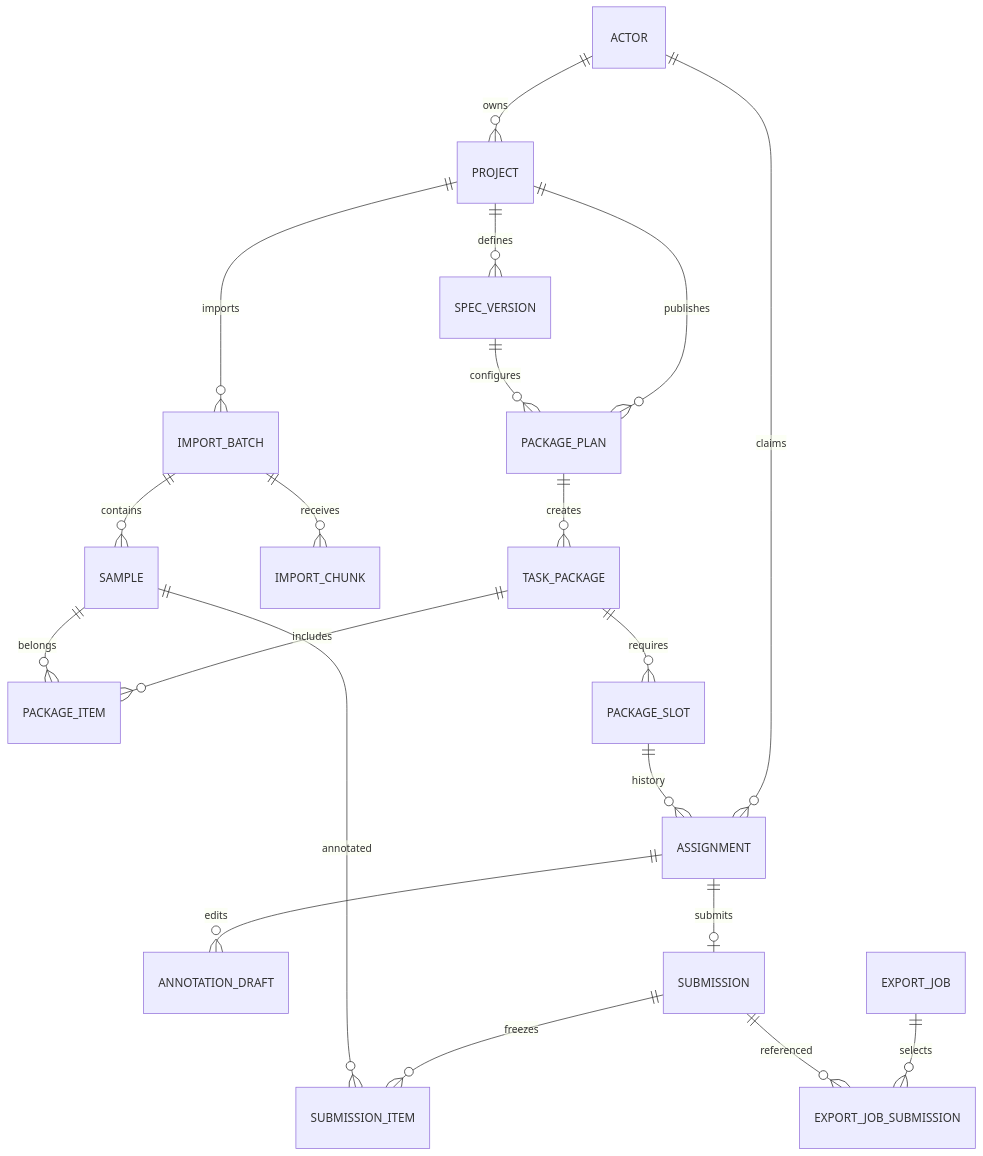
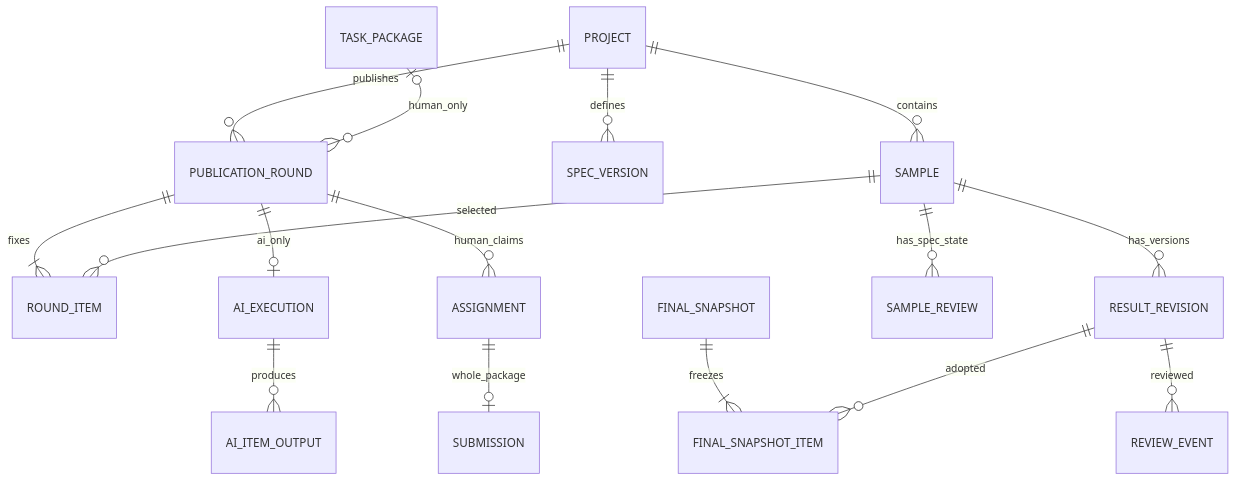
Before and after one commit to tssai-lab/tss-data-labeling: the diagram in docs/labeling-v1.1/03-database.md, drawn with Mermaid. The commit also changed other lines of this file and 7 other files, not shown here.

````diff
--- a/docs/labeling-v1.1/03-database.md
+++ b/docs/labeling-v1.1/03-database.md
@@ -9,22 +21,18 @@
 ```mermaid
 erDiagram
- ACTOR ||--o{ PROJECT : owns
- ACTOR ||--o{ ASSIGNMENT : claims
- PROJECT ||--o{ SPEC_VERSION : defines
- PROJECT ||--o{ IMPORT_BATCH : imports
- IMPORT_BATCH ||--o{ SAMPLE : contains
- IMPORT_BATCH ||--o{ IMPORT_CHUNK : receives
- PROJECT ||--o{ PACKAGE_PLAN : publishes
- SPEC_VERSION ||--o{ PACKAGE_PLAN : configures
- PACKAGE_PLAN ||--o{ TASK_PACKAGE : creates
- TASK_PACKAGE ||--o{ PACKAGE_ITEM : includes
- SAMPLE ||--o{ PACKAGE_ITEM : belongs
- TASK_PACKAGE ||--o{ PACKAGE_SLOT : requires
- PACKAGE_SLOT ||--o{ ASSIGNMENT : history
- ASSIGNMENT ||--o{ ANNOTATION_DRAFT : edits
- ASSIGNMENT ||--o| SUBMISSION : submits
- SUBMISSION ||--o{ SUBMISSION_ITEM : freezes
- SAMPLE ||--o{ SUBMISSION_ITEM : annotated
- EXPORT_JOB ||--o{ EXPORT_JOB_SUBMISSION : selects
- SUBMISSION ||--o{ EXPORT_JOB_SUBMISSION : referenced
+    PROJECT ||--o{ SAMPLE : contains
+    PROJECT ||--o{ SPEC_VERSION : defines
+    PROJECT ||--o{ PUBLICATION_ROUND : publishes
+    TASK_PACKAGE o|--o{ PUBLICATION_ROUND : human_only
+    PUBLICATION_ROUND ||--|{ ROUND_ITEM : fixes
+    SAMPLE ||--o{ ROUND_ITEM : selected
+    PUBLICATION_ROUND ||--o{ ASSIGNMENT : human_claims
+    ASSIGNMENT ||--o| SUBMISSION : whole_package
+    PUBLICATION_ROUND ||--o| AI_EXECUTION : ai_only
+    AI_EXECUTION ||--o{ AI_ITEM_OUTPUT : produces
+    SAMPLE ||--o{ RESULT_REVISION : has_versions
+    SAMPLE ||--o{ SAMPLE_REVIEW : has_spec_state
+    RESULT_REVISION ||--o{ REVIEW_EVENT : reviewed
+    FINAL_SNAPSHOT ||--|{ FINAL_SNAPSHOT_ITEM : freezes
+    RESULT_REVISION ||--o{ FINAL_SNAPSHOT_ITEM : adopted
 ```
````
